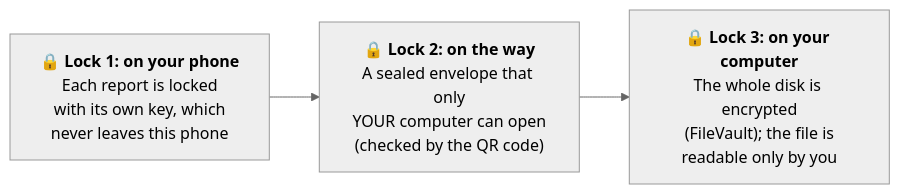
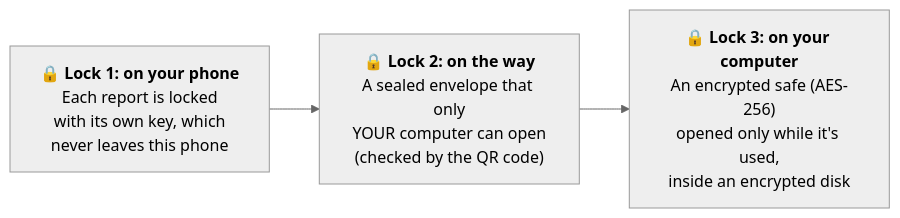
Before and after one commit to ma3u/relate-hackathon-team: the third of 3 diagrams in docs/EXPLAINED.md, drawn with Mermaid (neutral theme). The commit also changed other lines of this file and 6 other files, not shown here.

First line of the commit message:
Keep the health graph in an AES-256 encrypted disk image, unlocked only while used

````diff
--- a/docs/EXPLAINED.md
+++ b/docs/EXPLAINED.md
@@ -81,7 +81,7 @@
 ```mermaid
 flowchart LR
   L1["🔒 <b>Lock 1: on your phone</b><br/>Each report is locked<br/>with its own key, which<br/>never leaves this phone"]
   L2["🔒 <b>Lock 2: on the way</b><br/>A sealed envelope that only<br/>YOUR computer can open<br/>(checked by the QR code)"]
-  L3["🔒 <b>Lock 3: on your computer</b><br/>The whole disk is encrypted<br/>(FileVault); the file is<br/>readable only by you"]
+  L3["🔒 <b>Lock 3: on your computer</b><br/>An encrypted safe (AES-256)<br/>opened only while it's used,<br/>inside an encrypted disk"]
   L1 --> L2 --> L3
 ```
````
